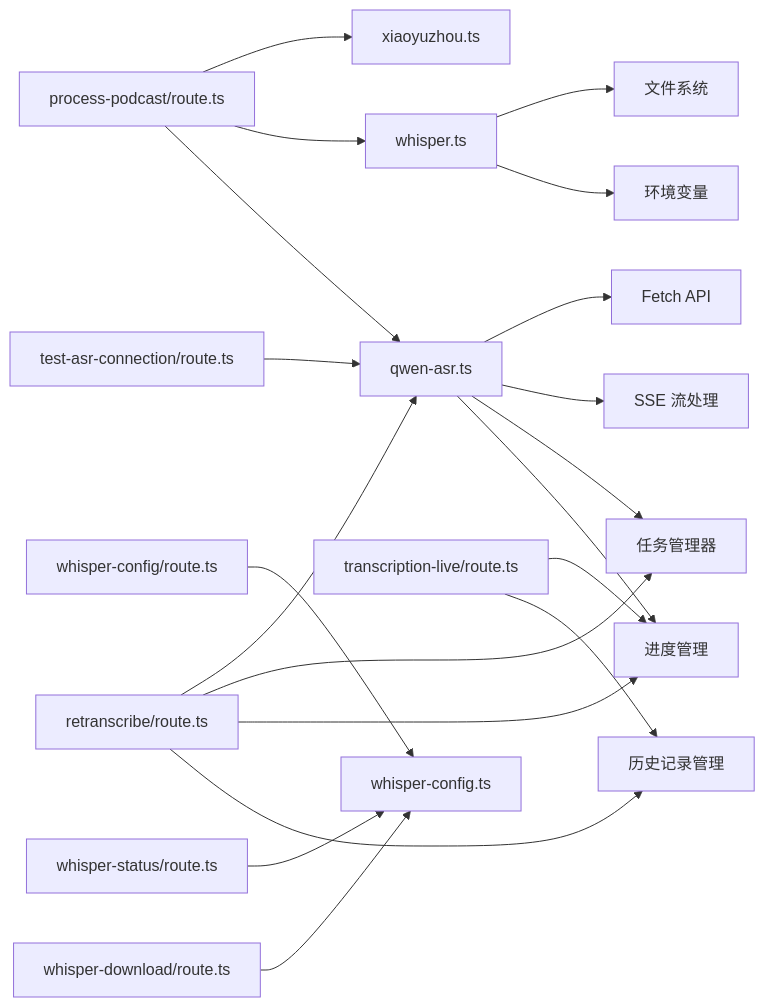
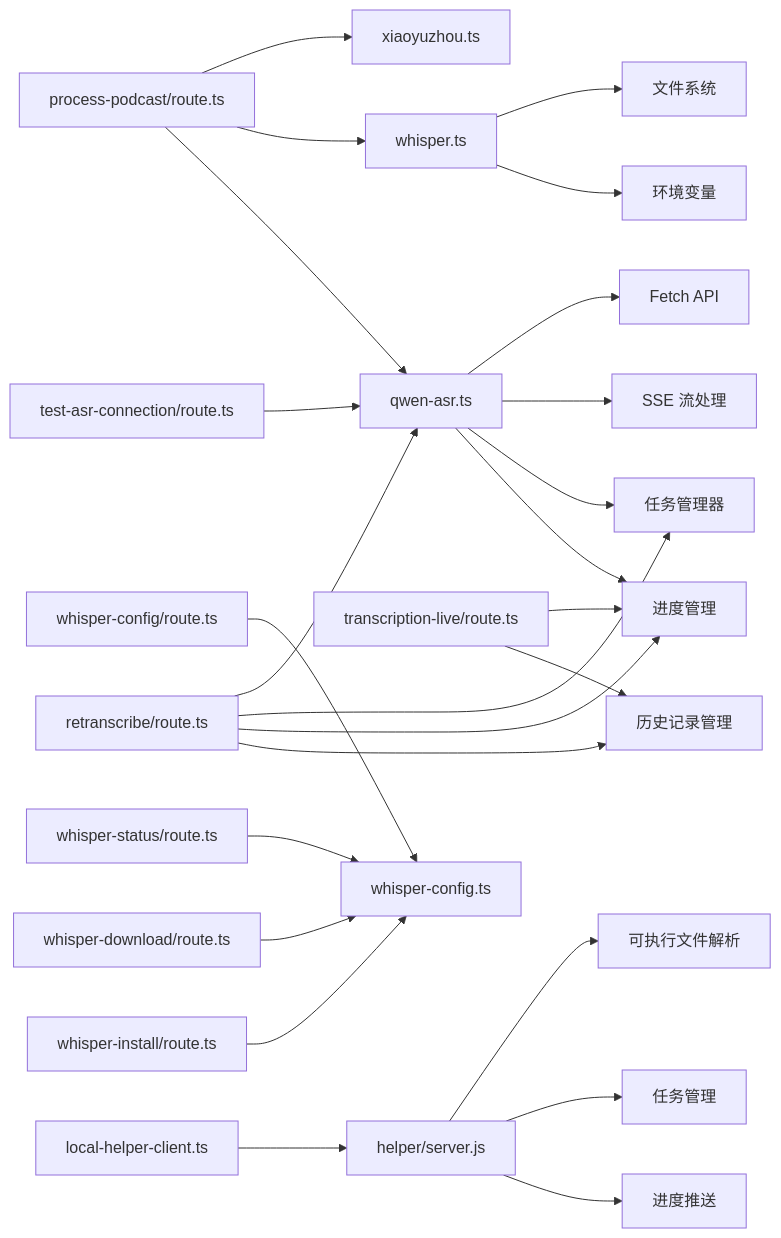
One commit to clawbotai/memo-flow changed diagram 15 of 15 in .qoder/repowiki/zh/content/核心功能模块/语音识别引擎.md. Above: the diagram before and after it, drawn with Mermaid. The commit also changed other lines of this file and 5 other files, not shown here.

````diff
--- a/.qoder/repowiki/zh/content/核心功能模块/语音识别引擎.md
+++ b/.qoder/repowiki/zh/content/核心功能模块/语音识别引擎.md
@@ -536,22 +638,27 @@
 ```mermaid
 graph LR
 WTS["whisper.ts"] --> FS["文件系统"]
 WTS --> ENV["环境变量"]
 QASR["qwen-asr.ts"] --> FETCH["Fetch API"]
 QASR --> SSE["SSE 流处理"]
 QASR --> TTM["任务管理器"]
 QASR --> TPROG["进度管理"]
-POD["process-podcast/route.ts"] --> XY["xiaoyuzhou.ts"]
+POD["process-podcast/route.ts"] --> XYZ["xiaoyuzhou.ts"]
 POD --> WTS
 POD --> QASR
 RET["retranscribe/route.ts"] --> QASR
 RET --> TTM
 RET --> TPROG
 RET --> THIST["历史记录管理"]
 LIVE["transcription-live/route.ts"] --> TPROG
 LIVE --> THIST
 CFG["whisper-config/route.ts"] --> WCONF["whisper-config.ts"]
 STAT["whisper-status/route.ts"] --> WCONF
 DL["whisper-download/route.ts"] --> WCONF
+INSTALL["whisper-install/route.ts"] --> WCONF
 TEST["test-asr-connection/route.ts"] --> QASR
+HELPER["helper/server.js"] --> EXEC["可执行文件解析"]
+HELPER --> TASK["任务管理"]
+HELPER --> PROG["进度推送"]
+LOCALCLI["local-helper-client.ts"] --> HELPER
 ```
````
